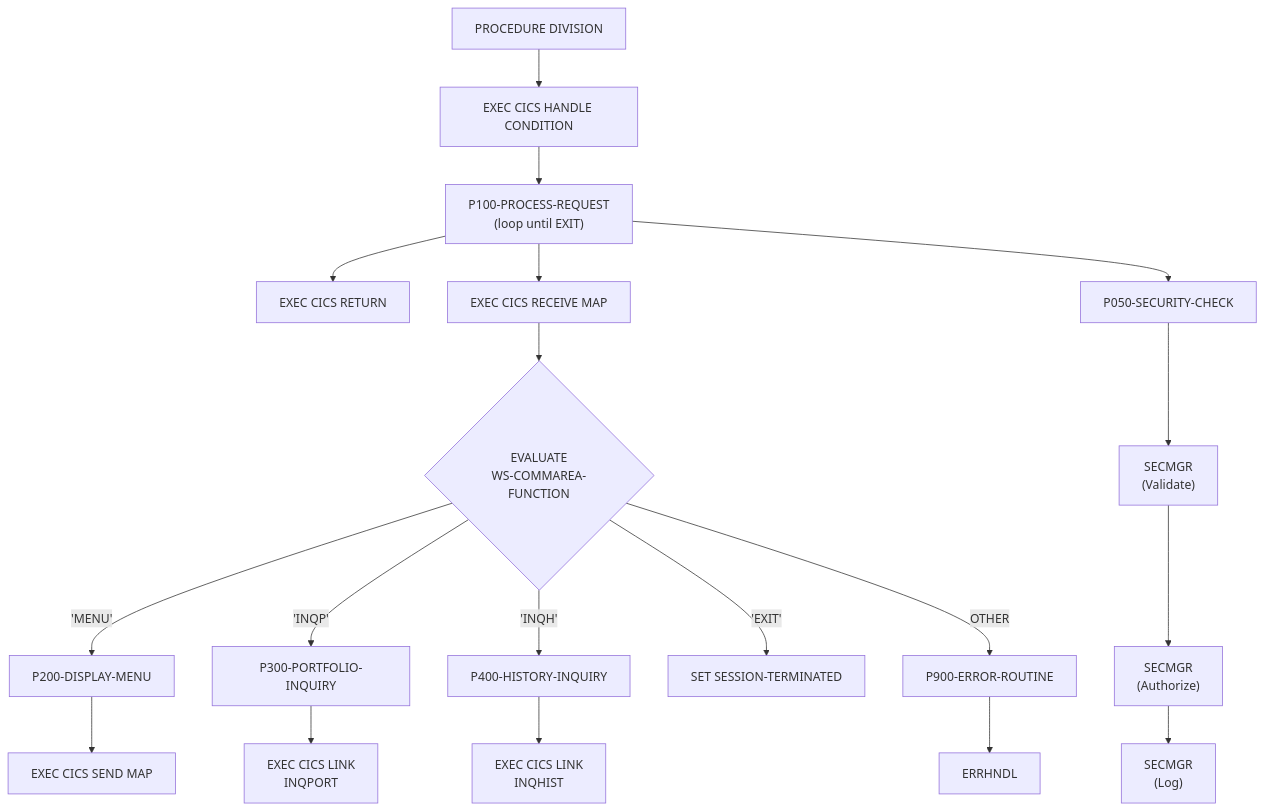
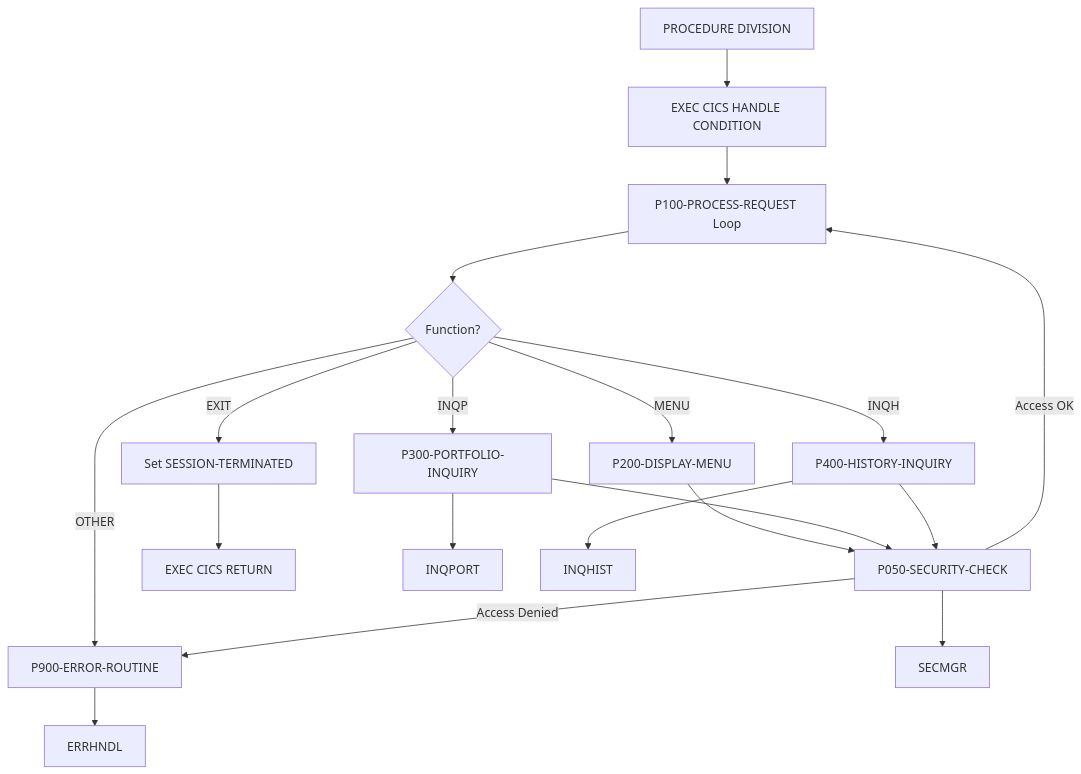
Before and after one commit to haladir-com/legacy-benchmark-docs-vb70e1: the first of 2 diagrams in docs/programs/INQONLN.mdx, drawn with Mermaid. The commit also changed other lines of this file and 63 other files, not shown here.

````diff
--- a/docs/programs/INQONLN.mdx
+++ b/docs/programs/INQONLN.mdx
@@ -24,26 +20,26 @@
 ```mermaid
 graph TD
-    A["PROCEDURE DIVISION"] --> B["EXEC CICS HANDLE CONDITION"]
-    B --> C["P100-PROCESS-REQUEST<br/>(loop until EXIT)"]
-    C --> D["EXEC CICS RETURN"]
+    A[PROCEDURE DIVISION] --> B[EXEC CICS HANDLE CONDITION]
+    B --> C[P100-PROCESS-REQUEST Loop]
+    C --> D{Function?}
     
-    C --> E["EXEC CICS RECEIVE MAP"]
-    E --> F{"EVALUATE<br/>WS-COMMAREA-FUNCTION"}
+    D -->|MENU| E[P200-DISPLAY-MENU]
+    D -->|INQP| F[P300-PORTFOLIO-INQUIRY]
+    D -->|INQH| G[P400-HISTORY-INQUIRY]
+    D -->|EXIT| H[Set SESSION-TERMINATED]
+    D -->|OTHER| I[P900-ERROR-ROUTINE]
     
-    F -->|"'MENU'"| G["P200-DISPLAY-MENU"]
-    F -->|"'INQP'"| H["P300-PORTFOLIO-INQUIRY"]
-    F -->|"'INQH'"| I["P400-HISTORY-INQUIRY"]
-    F -->|"'EXIT'"| J["SET SESSION-TERMINATED"]
-    F -->|"OTHER"| K["P900-ERROR-ROUTINE"]
+    E --> J[P050-SECURITY-CHECK]
+    F --> J
+    G --> J
     
-    G --> L["EXEC CICS SEND MAP"]
-    H --> M["EXEC CICS LINK<br/>INQPORT"]
-    I --> N["EXEC CICS LINK<br/>INQHIST"]
+    J -->|Access Denied| I
+    J -->|Access OK| C
     
-    C --> O["P050-SECURITY-CHECK"]
-    O --> P["SECMGR<br/>(Validate)"]
-    P --> Q["SECMGR<br/>(Authorize)"]
-    Q --> R["SECMGR<br/>(Log)"]
+    H --> K[EXEC CICS RETURN]
     
-    K --> S["ERRHNDL"]
+    F --> F1[INQPORT]
+    G --> G1[INQHIST]
+    I --> I1[ERRHNDL]
+    J --> J1[SECMGR]
 ```
````
